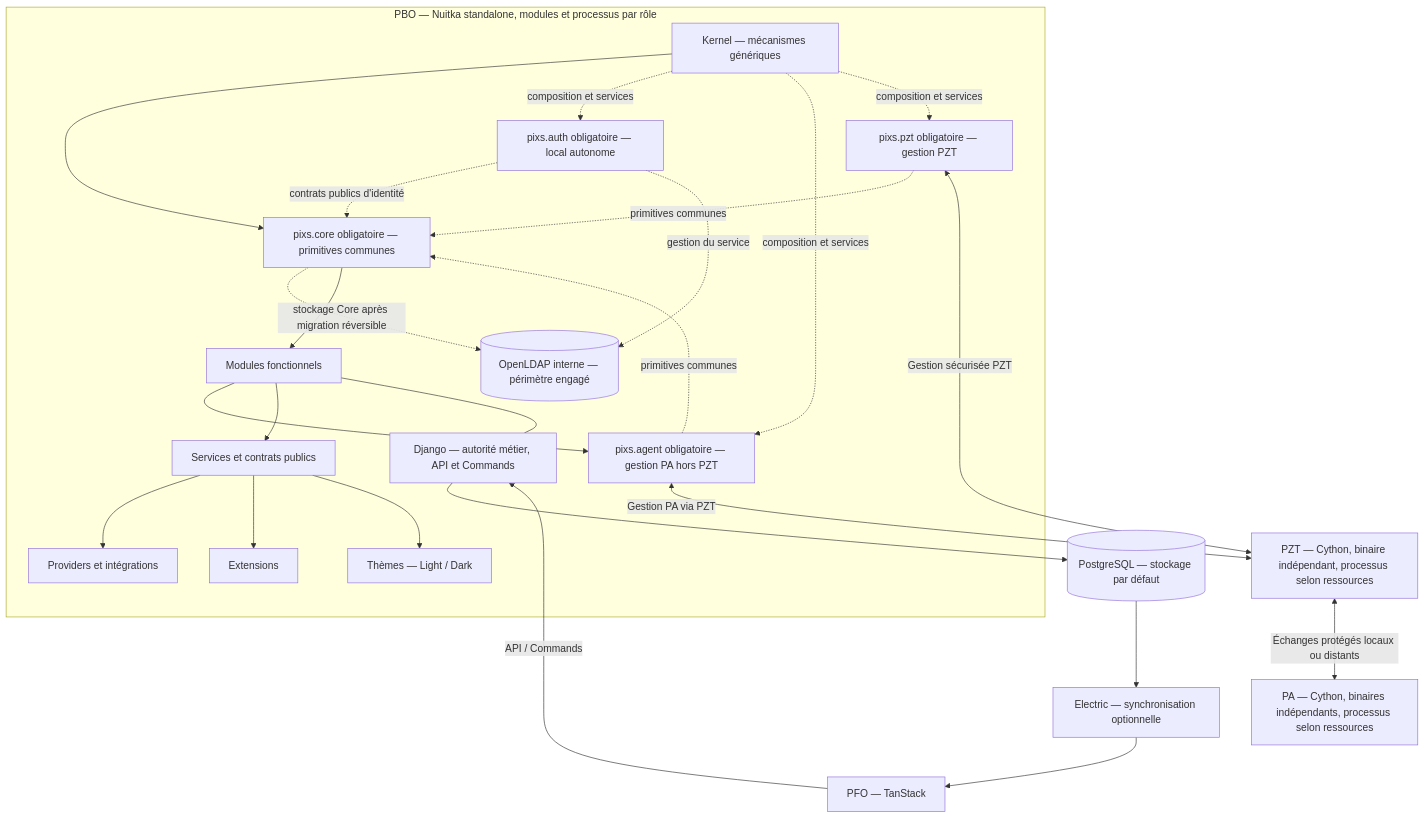
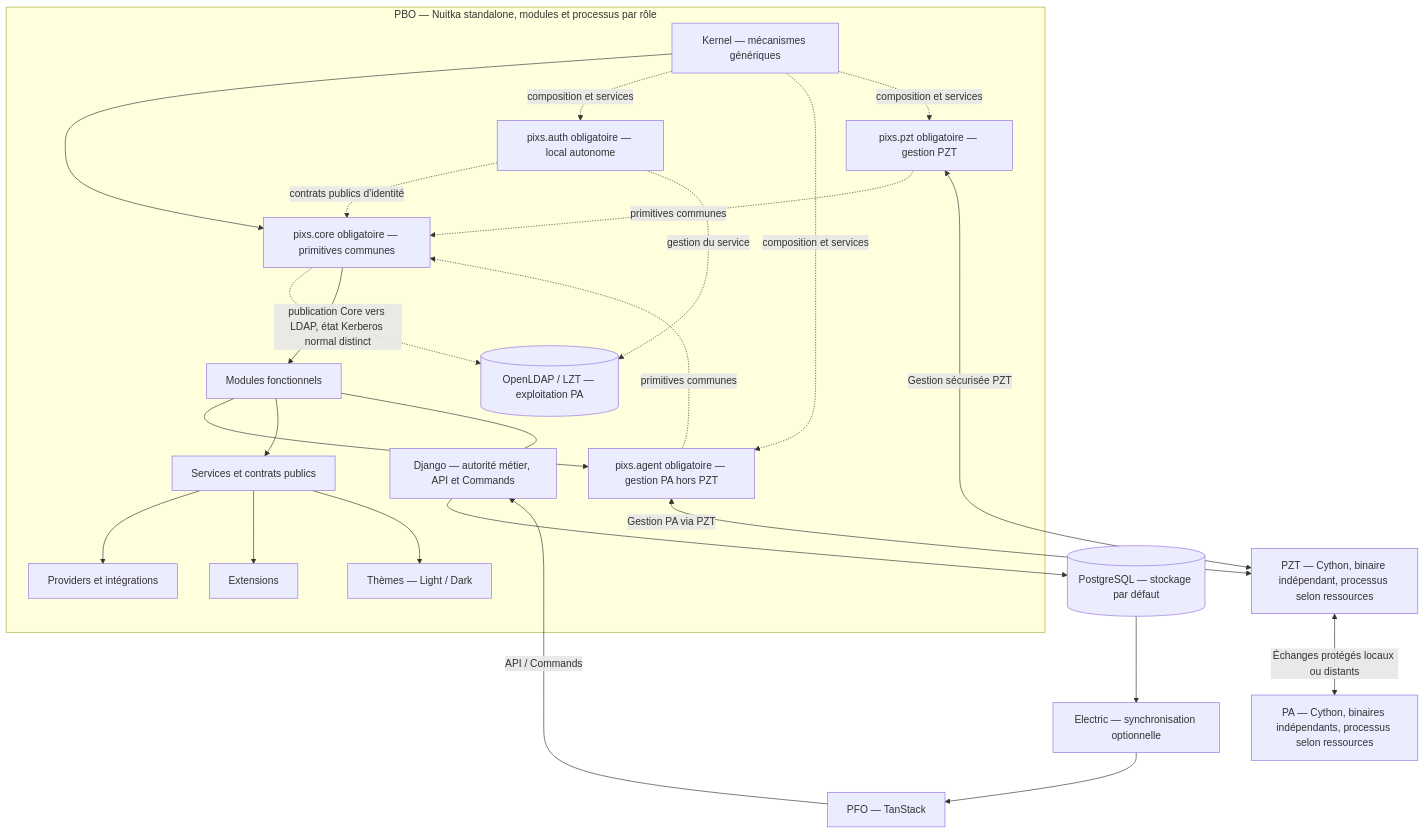
Before and after one commit to AzenorPixs/pixs: the second of 3 diagrams in PROJECT.md, drawn with Mermaid. The commit also changed other lines of this file and 1749 other files, not shown here.

````diff
--- a/PROJECT.md
+++ b/PROJECT.md
@@ -3593,27 +3661,27 @@
 ```mermaid
 flowchart TB
     subgraph B["PBO — Nuitka standalone, modules et processus par rôle"]
         K["Kernel — mécanismes génériques"] --> C["pixs.core obligatoire — primitives communes"]
         K -. "composition et services" .-> AU["pixs.auth obligatoire — local autonome"]
         AU -. "contrats publics d'identité" .-> C
-        C -. "stockage Core après migration réversible" .-> LD[("OpenLDAP interne — périmètre engagé")]
+        C -. "publication Core vers LDAP, état Kerberos normal distinct" .-> LD[("OpenLDAP / LZT — exploitation PA")]
         AU -. "gestion du service" .-> LD
         C --> M["Modules fonctionnels"]
         K -. "composition et services" .-> A["pixs.agent obligatoire — gestion PA hors PZT"]
         K -. "composition et services" .-> Z["pixs.pzt obligatoire — gestion PZT"]
         A -. "primitives communes" .-> C
         Z -. "primitives communes" .-> C
         M --> A
         M --> S["Services et contrats publics"]
         S --> V["Providers et intégrations"]
         S --> X["Extensions"]
         S --> TH["Thèmes — Light / Dark"]
         M --- DJ["Django — autorité métier, API et Commands"]
     end
     DJ --> DB[("PostgreSQL — stockage par défaut")]
     FE["PFO — TanStack"] -->|"API / Commands"| DJ
     DB --> E["Electric — synchronisation optionnelle"] --> FE
     A <-->|"Gestion PA via PZT"| T["PZT — Cython, binaire indépendant, processus selon ressources"]
     Z <-->|"Gestion sécurisée PZT"| T
     T <-->|"Échanges protégés locaux ou distants"| P["PA — Cython, binaires indépendants, processus selon ressources"]
 ```
````
